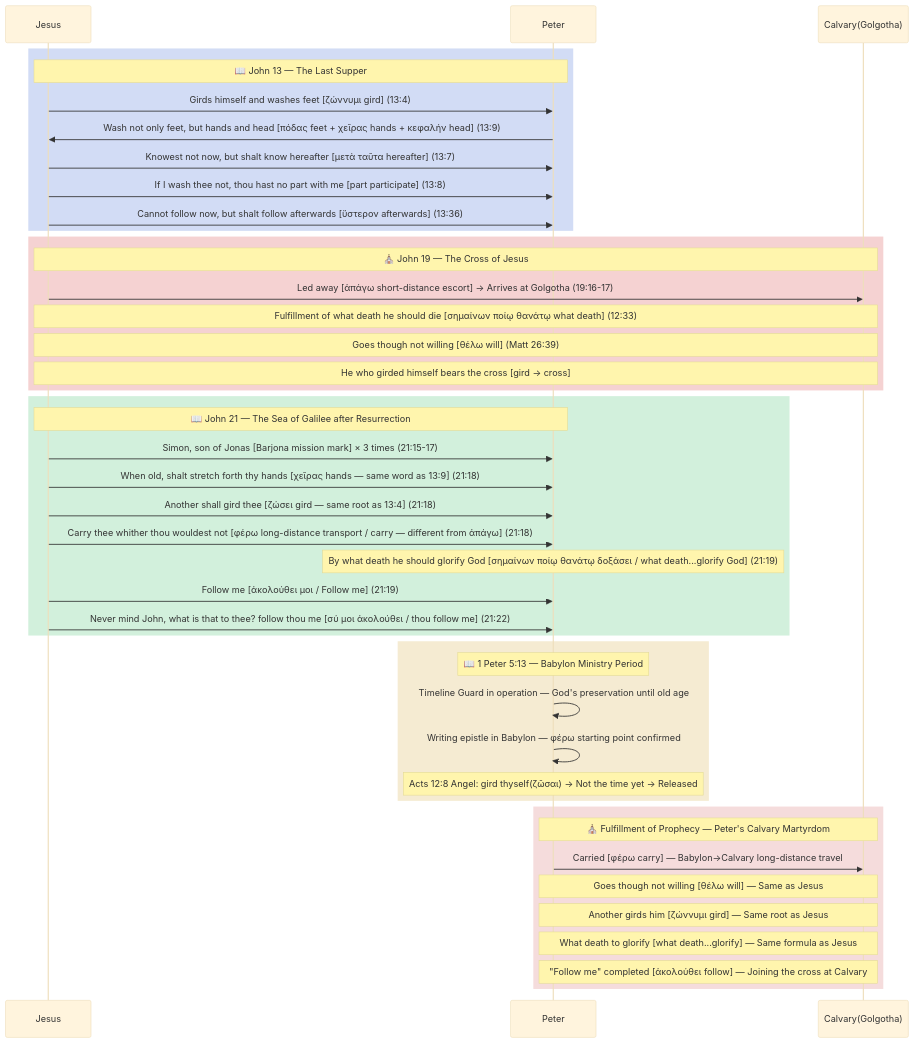
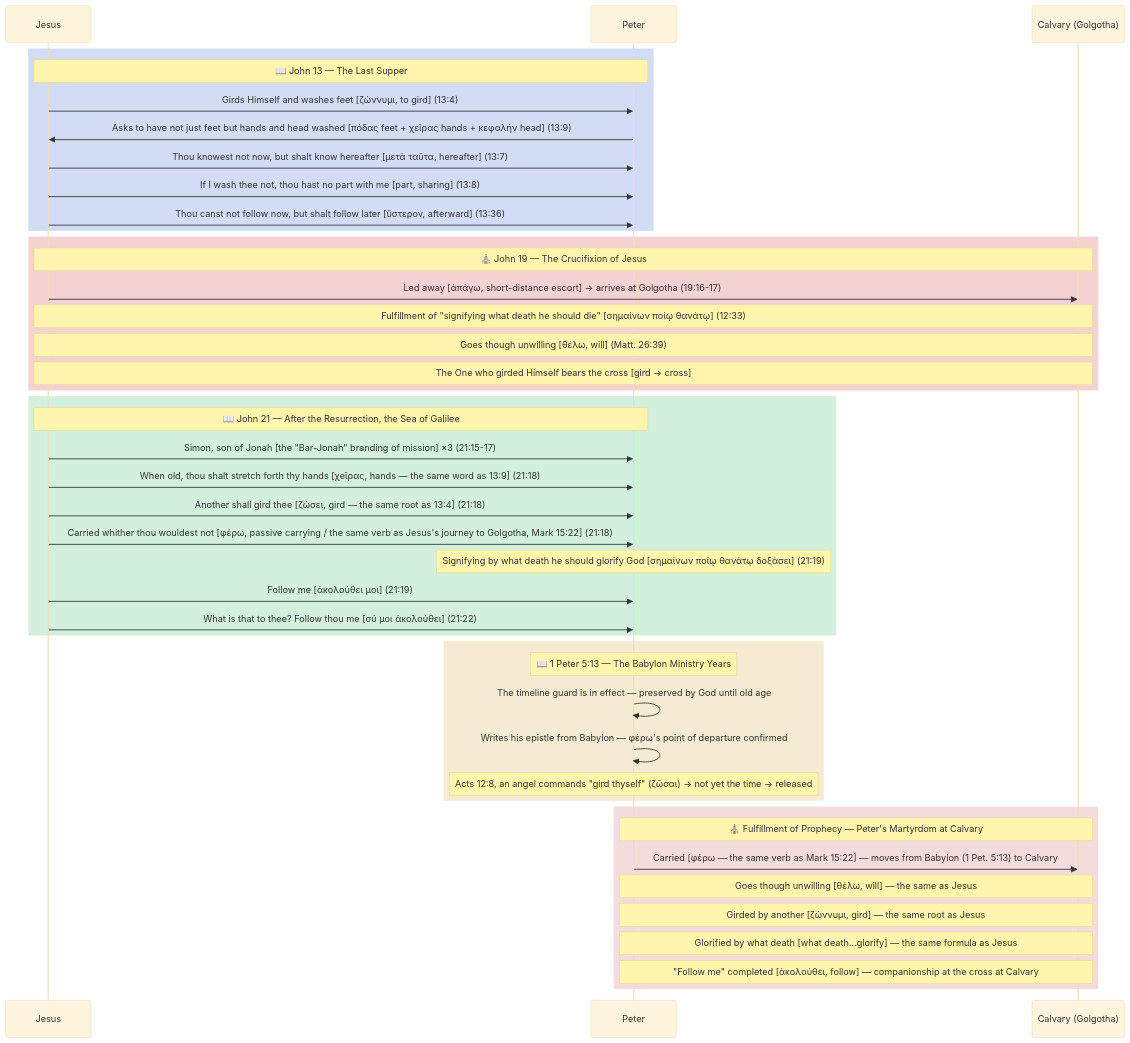
One commit to jloveonly-prog/the-scripture-audit changed the diagram in the-scripture-audit/05_REPORT/bible_believer/REPORT_PeterCalvaryA.md. Above: the diagram before and after it, drawn with Mermaid (base theme). The commit also changed other lines of this file and 391 other files, not shown here.

````diff
--- a/the-scripture-audit/05_REPORT/bible_believer/REPORT_PeterCalvaryA.md
+++ b/the-scripture-audit/05_REPORT/bible_believer/REPORT_PeterCalvaryA.md
@@ -421,50 +846,50 @@
 ```mermaid
 sequenceDiagram
     participant J as Jesus
     participant P as Peter
-    participant C as Calvary(Golgotha)
+    participant C as Calvary (Golgotha)
 
     rect rgb(210, 220, 245)
     Note over J,P: 📖 John 13 — The Last Supper
-    J->>P: Girds himself and washes feet [ζώννυμι gird] (13:4)
-    P->>J: Wash not only feet, but hands and head [πόδας feet + χεῖρας hands + κεφαλήν head] (13:9)
-    J->>P: Knowest not now, but shalt know hereafter [μετὰ ταῦτα hereafter] (13:7)
-    J->>P: If I wash thee not, thou hast no part with me [part participate] (13:8)
-    J->>P: Cannot follow now, but shalt follow afterwards [ὕστερον afterwards] (13:36)
+    J->>P: Girds Himself and washes feet [ζώννυμι, to gird] (13:4)
+    P->>J: Asks to have not just feet but hands and head washed [πόδας feet + χεῖρας hands + κεφαλήν head] (13:9)
+    J->>P: Thou knowest not now, but shalt know hereafter [μετὰ ταῦτα, hereafter] (13:7)
+    J->>P: If I wash thee not, thou hast no part with me [part, sharing] (13:8)
+    J->>P: Thou canst not follow now, but shalt follow later [ὕστερον, afterward] (13:36)
     end
 
     rect rgb(245, 210, 210)
-    Note over J,C: ⛪ John 19 — The Cross of Jesus
-    J->>C: Led away [ἀπάγω short-distance escort] → Arrives at Golgotha (19:16-17)
-    Note over J,C: Fulfillment of what death he should die [σημαίνων ποίῳ θανάτῳ what death] (12:33)
-    Note over J,C: Goes though not willing [θέλω will] (Matt 26:39)
-    Note over J,C: He who girded himself bears the cross [gird → cross]
+    Note over J,C: ⛪ John 19 — The Crucifixion of Jesus
+    J->>C: Led away [ἀπάγω, short-distance escort] → arrives at Golgotha (19:16-17)
+    Note over J,C: Fulfillment of "signifying what death he should die" [σημαίνων ποίῳ θανάτῳ] (12:33)
+    Note over J,C: Goes though unwilling [θέλω, will] (Matt. 26:39)
+    Note over J,C: The One who girded Himself bears the cross [gird → cross]
     end
 
     rect rgb(210, 240, 220)
-    Note over J,P: 📖 John 21 — The Sea of Galilee after Resurrection
-    J->>P: Simon, son of Jonas [Barjona mission mark] × 3 times (21:15-17)
-    J->>P: When old, shalt stretch forth thy hands [χεῖρας hands — same word as 13:9] (21:18)
-    J->>P: Another shall gird thee [ζώσει gird — same root as 13:4] (21:18)
-    J->>P: Carry thee whither thou wouldest not [φέρω long-distance transport / carry — different from ἀπάγω] (21:18)
-    Note over P: By what death he should glorify God [σημαίνων ποίῳ θανάτῳ δοξάσει / what death...glorify God] (21:19)
-    J->>P: Follow me [ἀκολούθει μοι / Follow me] (21:19)
-    J->>P: Never mind John, what is that to thee? follow thou me [σύ μοι ἀκολούθει / thou follow me] (21:22)
+    Note over J,P: 📖 John 21 — After the Resurrection, the Sea of Galilee
+    J->>P: Simon, son of Jonah [the "Bar-Jonah" branding of mission] ×3 (21:15-17)
+    J->>P: When old, thou shalt stretch forth thy hands [χeῖρας, hands — the same word as 13:9] (21:18)
+    J->>P: Another shall gird thee [ζώσει, gird — the same root as 13:4] (21:18)
+    J->>P: Carried whither thou wouldest not [φέρω, passive carrying / the same verb as Jesus's journey to Golgotha, Mark 15:22] (21:18)
+    Note over P: Signifying by what death he should glorify God [σημαίνων ποίῳ θανάτῳ δοξάσει] (21:19)
+    J->>P: Follow me [ἀκολούθει μοι] (21:19)
+    J->>P: What is that to thee? Follow thou me [σύ μοι ἀκολούθει] (21:22)
     end
 
     rect rgb(245, 235, 210)
-    Note over P: 📖 1 Peter 5:13 — Babylon Ministry Period
-    P->>P: Timeline Guard in operation — God's preservation until old age
-    P->>P: Writing epistle in Babylon — φέρω starting point confirmed
-    Note over P: Acts 12:8 Angel: gird thyself(ζῶσαι) → Not the time yet → Released
+    Note over P: 📖 1 Peter 5:13 — The Babylon Ministry Years
+    P->>P: The timeline guard is in effect — preserved by God until old age
+    P->>P: Writes his epistle from Babylon — φέρω's point of departure confirmed
+    Note over P: Acts 12:8, an angel commands "gird thyself" (ζῶσαι) → not yet the time → released
     end
 
     rect rgb(245, 220, 220)
-    Note over P,C: ⛪ Fulfillment of Prophecy — Peter's Calvary Martyrdom
-    P->>C: Carried [φέρω carry] — Babylon→Calvary long-distance travel
-    Note over P,C: Goes though not willing [θέλω will] — Same as Jesus
-    Note over P,C: Another girds him [ζώννυμι gird] — Same root as Jesus
-    Note over P,C: What death to glorify [what death...glorify] — Same formula as Jesus
-    Note over P,C: "Follow me" completed [ἀκολούθει follow] — Joining the cross at Calvary
+    Note over P,C: ⛪ Fulfillment of Prophecy — Peter's Martyrdom at Calvary
+    P->>C: Carried [φέρω — the same verb as Mark 15:22] — moves from Babylon (1 Pet. 5:13) to Calvary
+    Note over P,C: Goes though unwilling [θέλω, will] — the same as Jesus
+    Note over P,C: Girded by another [ζώννυμι, gird] — the same root as Jesus
+    Note over P,C: Glorified by what death [what death...glorify] — the same formula as Jesus
+    Note over P,C: "Follow me" completed [ἀκολούθει, follow] — companionship at the cross at Calvary
     end
 ```
````
